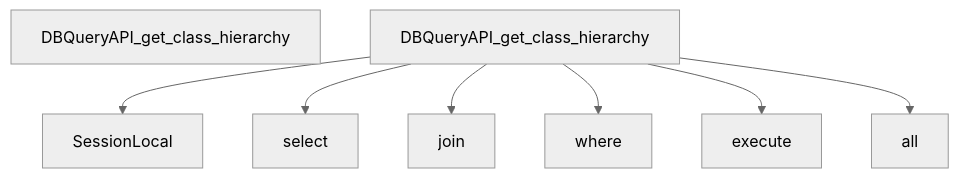
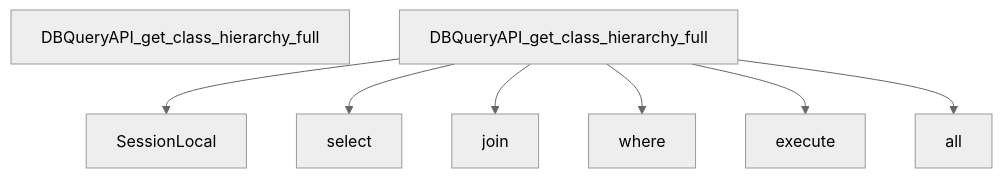
One commit to hazalkoom/DECODEx01 changed diagram 12 of 27 in docs/DATA_FLOW.md. Above: the diagram before and after it, drawn with Mermaid (neutral theme). The commit also changed other lines of this file and 12 other files, not shown here.

````diff
--- a/docs/DATA_FLOW.md
+++ b/docs/DATA_FLOW.md
@@ -575,29 +467,29 @@
 ```mermaid
 graph TD
-    Start[DBQueryAPI_get_class_hierarchy]
+    Start[DBQueryAPI_get_class_hierarchy_full]
 
 
-    DBQueryAPI_get_class_hierarchy --> SessionLocal
+    DBQueryAPI_get_class_hierarchy_full --> SessionLocal
 
 
 
-    DBQueryAPI_get_class_hierarchy --> select
+    DBQueryAPI_get_class_hierarchy_full --> select
 
 
 
-    DBQueryAPI_get_class_hierarchy --> join
+    DBQueryAPI_get_class_hierarchy_full --> join
 
 
 
-    DBQueryAPI_get_class_hierarchy --> where
+    DBQueryAPI_get_class_hierarchy_full --> where
 
 
 
-    DBQueryAPI_get_class_hierarchy --> execute
+    DBQueryAPI_get_class_hierarchy_full --> execute
 
 
 
-    DBQueryAPI_get_class_hierarchy --> all
+    DBQueryAPI_get_class_hierarchy_full --> all
 
 
 ```
````
